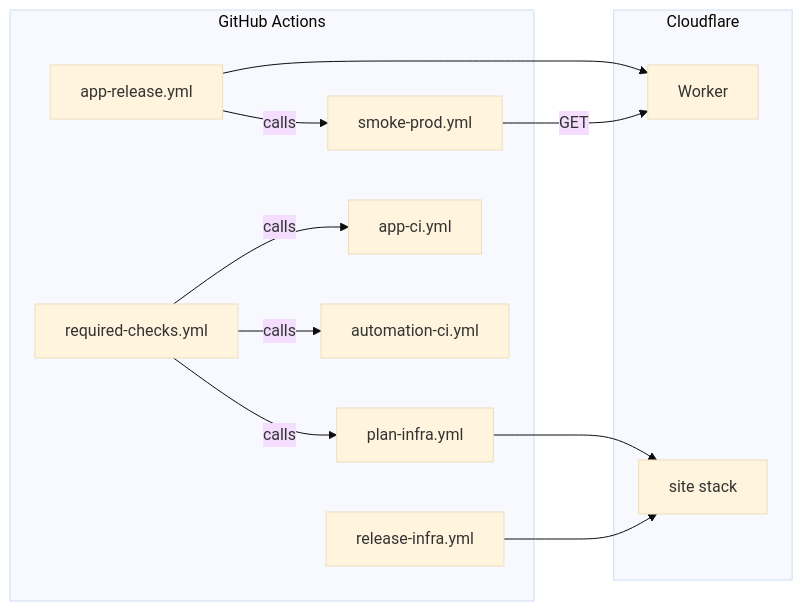
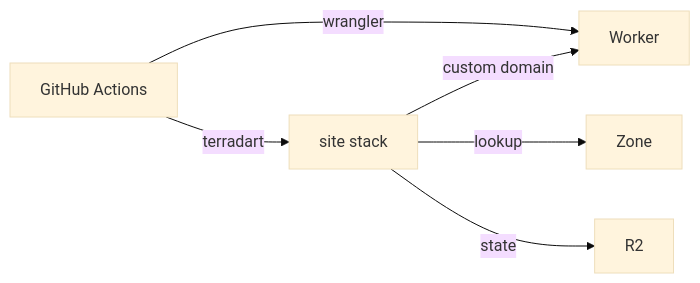
The diagram in README.md (koborin-ai/site), drawn with Mermaid (base theme) before and after one commit. The commit also changed other lines of this file and 2 other files, not shown here.

````diff
--- a/README.md
+++ b/README.md
@@ -50,26 +22,14 @@
 ```mermaid
 flowchart LR
-    subgraph Actions["GitHub Actions"]
-        requiredChecks[required-checks.yml]
-        planInfra[plan-infra.yml]
-        releaseInfra[release-infra.yml]
-        appCI[app-ci.yml]
-        automationCI[automation-ci.yml]
-        appRelease[app-release.yml]
-        smokeProd[smoke-prod.yml]
-    end
+  actions[GitHub Actions]
+  worker[Worker]
+  stack[site stack]
+  zone[Zone]
+  r2[R2]
 
-    subgraph Cloudflare["Cloudflare"]
-        worker[Worker]
-        siteStack[site stack]
-    end
-
-    requiredChecks -->|calls| appCI
-    requiredChecks -->|calls| planInfra
-    requiredChecks -->|calls| automationCI
-    planInfra --> siteStack
-    releaseInfra --> siteStack
-    appRelease --> worker
-    appRelease -->|calls| smokeProd
-    smokeProd -->|GET| worker
+  actions -->|wrangler| worker
+  actions -->|terradart| stack
+  stack -->|lookup| zone
+  stack -->|custom domain| worker
+  stack -->|state| r2
 ```
````
